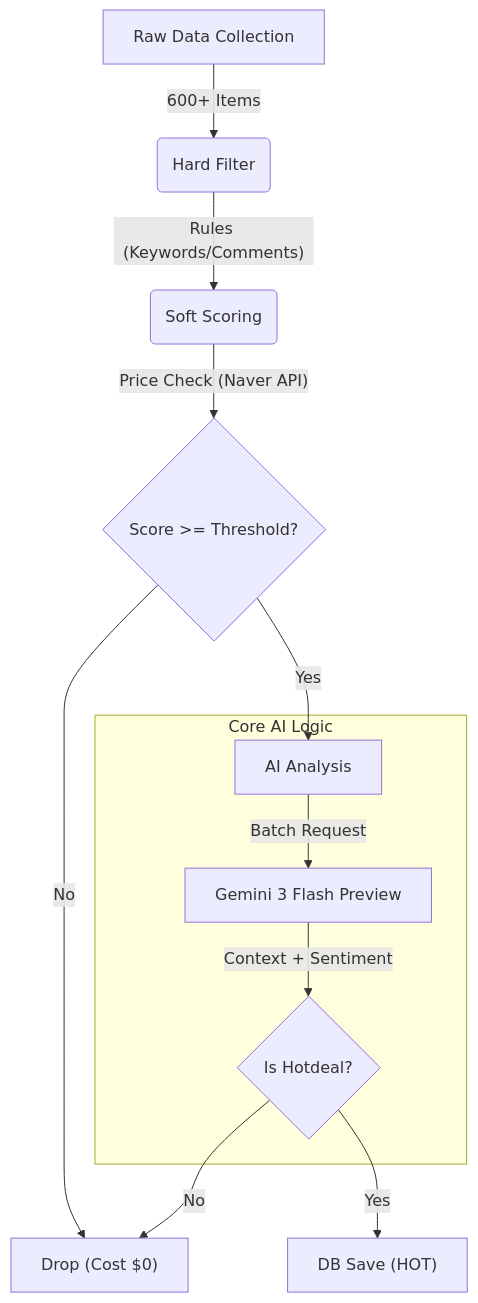
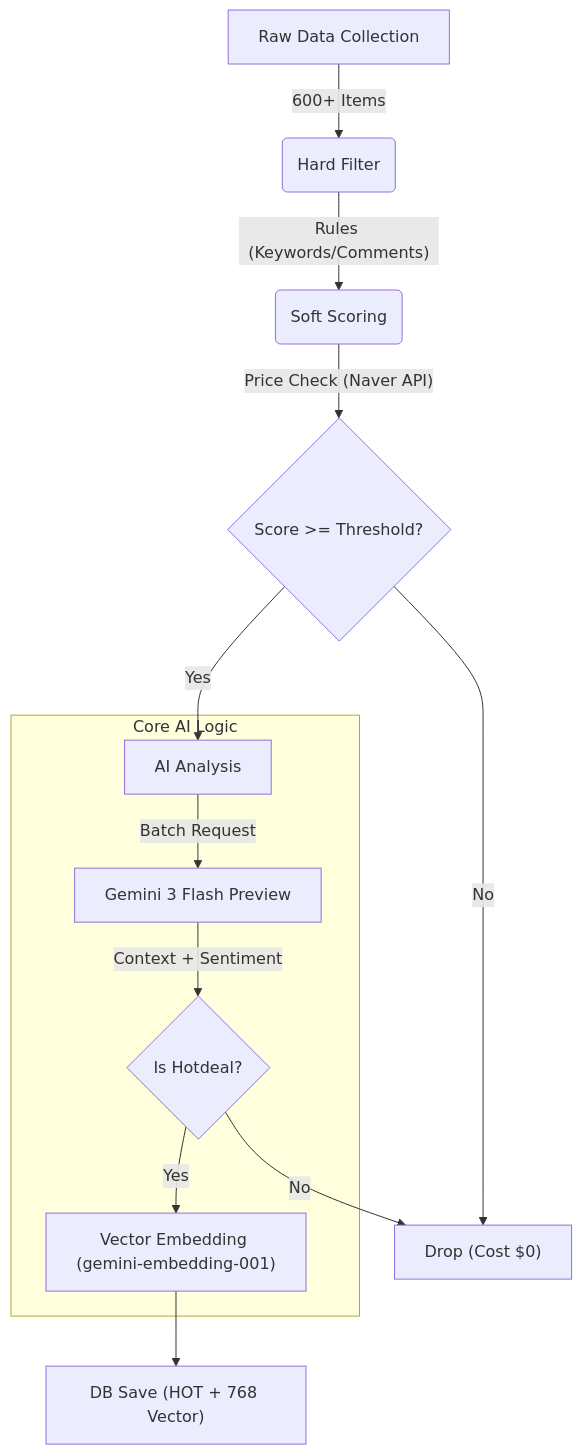
Before and after one commit to RohUkJin/HOTDEAL_SCRAPER: the diagram in README.md, drawn with Mermaid. The commit also changed other lines of this file, not shown here.

Commit message:
docs: update README with vector embedding features

````diff
--- a/README.md
+++ b/README.md
@@ -19,16 +19,17 @@
 ```mermaid
 graph TD
     A["Raw Data Collection"] -->|"600+ Items"| B("Hard Filter")
     B -->|"Rules (Keywords/Comments)"| C("Soft Scoring")
     C -->|"Price Check (Naver API)"| D{"Score >= Threshold?"}
     D -- "No" --> E["Drop (Cost $0)"]
     D -- "Yes" --> F["AI Analysis"]
     
     subgraph Core AI Logic
     F -->|"Batch Request"| G["Gemini 3 Flash Preview"]
     G -->|"Context + Sentiment"| H{"Is Hotdeal?"}
+    H -- "Yes" --> V["Vector Embedding (gemini-embedding-001)"]
     end
     
-    H -- "Yes" --> I["DB Save (HOT)"]
+    V --> I["DB Save (HOT + 768 Vector)"]
     H -- "No" --> E
 ```
````
